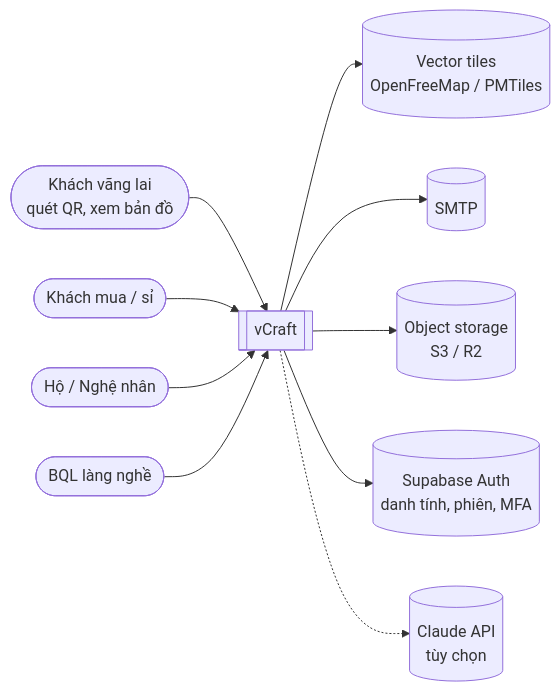
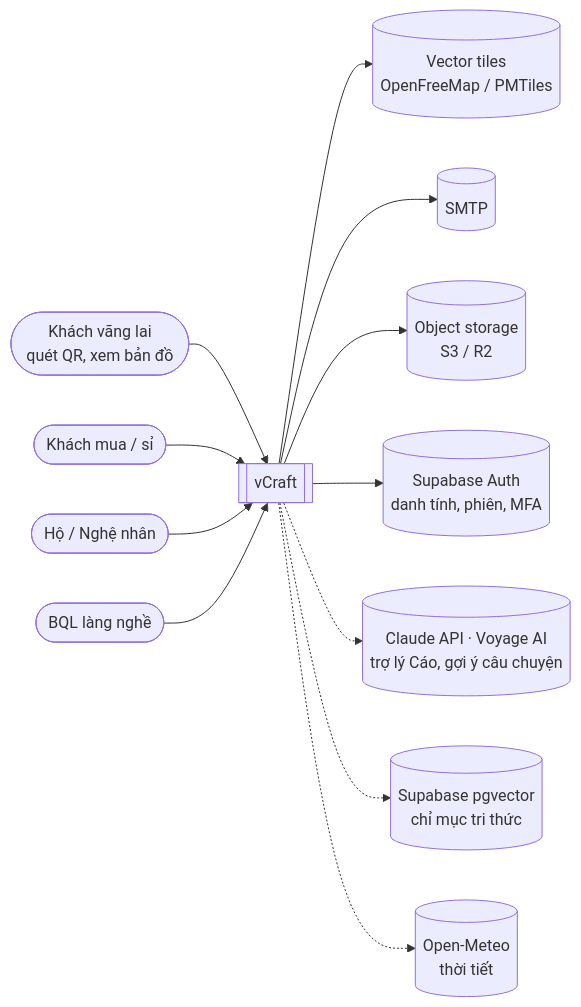
Before and after one commit to DienHung05/vCRAFT: the first of 10 diagrams in docs/ARCHITECTURE.md, drawn with Mermaid. The commit also changed other lines of this file and 4 other files, not shown here.

````diff
--- a/docs/ARCHITECTURE.md
+++ b/docs/ARCHITECTURE.md
@@ -49,23 +49,27 @@
 ```mermaid
 flowchart LR
     guest([Khách vãng lai<br/>quét QR, xem bản đồ])
     buyer([Khách mua / sỉ])
     artisan([Hộ / Nghệ nhân])
     admin([BQL làng nghề])
     vcraft[[vCraft]]
     tiles[(Vector tiles<br/>OpenFreeMap / PMTiles)]
     mail[(SMTP)]
     s3[(Object storage<br/>S3 / R2)]
-    llm[(Claude API<br/>tùy chọn)]
+    llm[(Claude API · Voyage AI<br/>trợ lý Cáo, gợi ý câu chuyện)]
     idp[(Supabase Auth<br/>danh tính, phiên, MFA)]
+    vec[(Supabase pgvector<br/>chỉ mục tri thức)]
+    wx[(Open-Meteo<br/>thời tiết)]
 
     guest --> vcraft
     buyer --> vcraft
     artisan --> vcraft
     admin --> vcraft
     vcraft --> tiles
     vcraft --> mail
     vcraft --> s3
     vcraft --> idp
     vcraft -.-> llm
+    vcraft -.-> vec
+    vcraft -.-> wx
 ```
````
